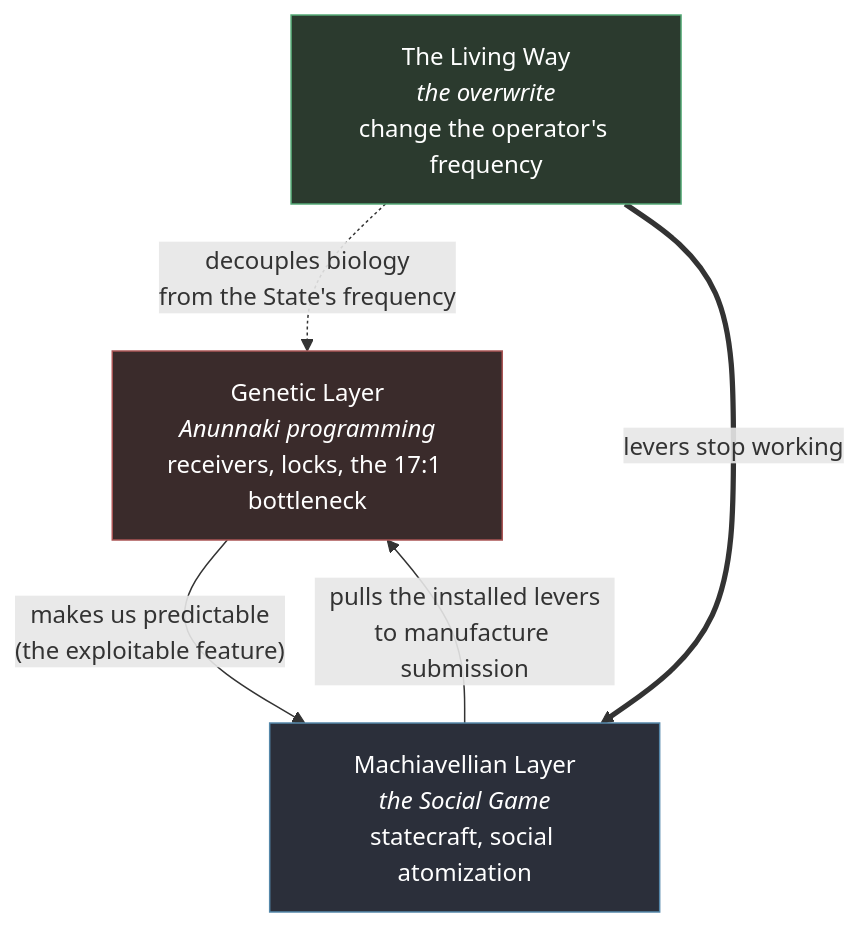
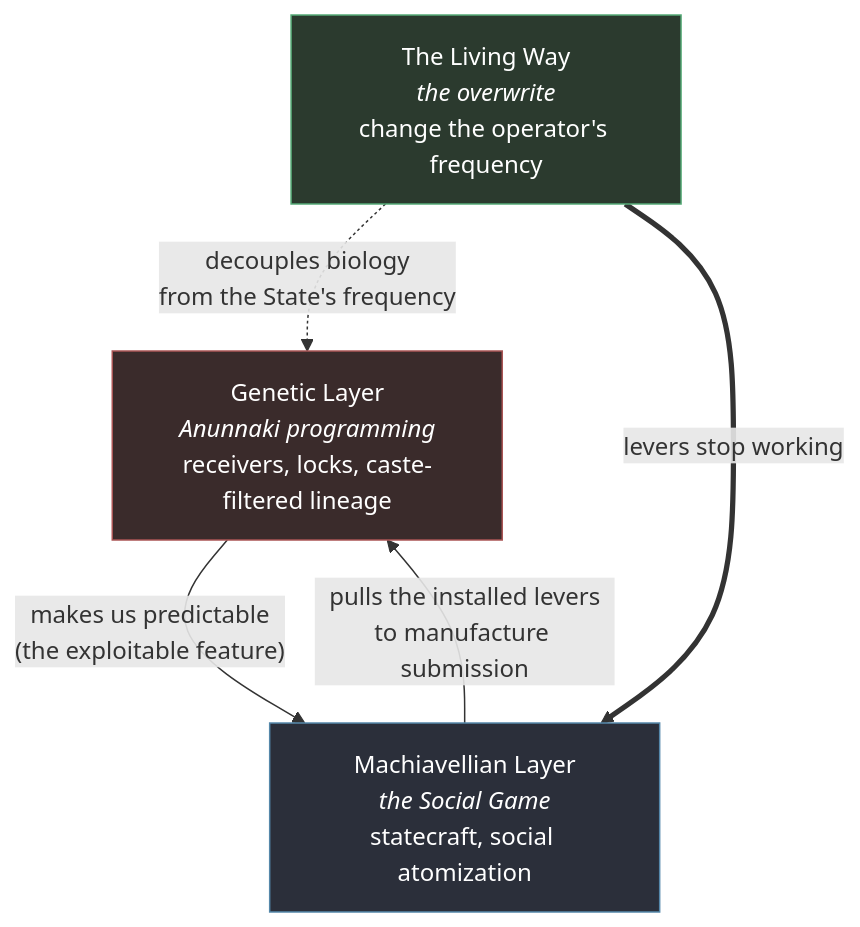
One commit to DoctorKhan/The-Orphaned-Species changed the diagram in 50_The_Orphaned_Species/10_triangulation_of_control.md. Above: the diagram before and after it, drawn with Mermaid. The commit also changed other lines of this file and 13 other files, not shown here.

````diff
--- a/50_The_Orphaned_Species/10_triangulation_of_control.md
+++ b/50_The_Orphaned_Species/10_triangulation_of_control.md
@@ -17,18 +17,18 @@
 ```mermaid
 flowchart TD
-    A["Genetic Layer<br/><i>Anunnaki programming</i><br/>receivers, locks, the 17:1 bottleneck"]
+    A["Genetic Layer<br/><i>Anunnaki programming</i><br/>receivers, locks, caste-filtered lineage"]
     M["Machiavellian Layer<br/><i>the Social Game</i><br/>statecraft, social atomization"]
     L["The Living Way<br/><i>the overwrite</i><br/>change the operator's frequency"]
 
     A -->|"makes us predictable<br/>(the exploitable feature)"| M
     M -->|"pulls the installed levers<br/>to manufacture submission"| A
     L -.->|"decouples biology<br/>from the State's frequency"| A
     L ==>|"levers stop working"| M
 
     classDef vuln fill:#3a2b2b,stroke:#a55,color:#fff;
     classDef game fill:#2b2f3a,stroke:#58a,color:#fff;
     classDef way fill:#2b3a2e,stroke:#5a7,color:#fff;
     class A vuln;
     class M game;
     class L way;
 ```
````
